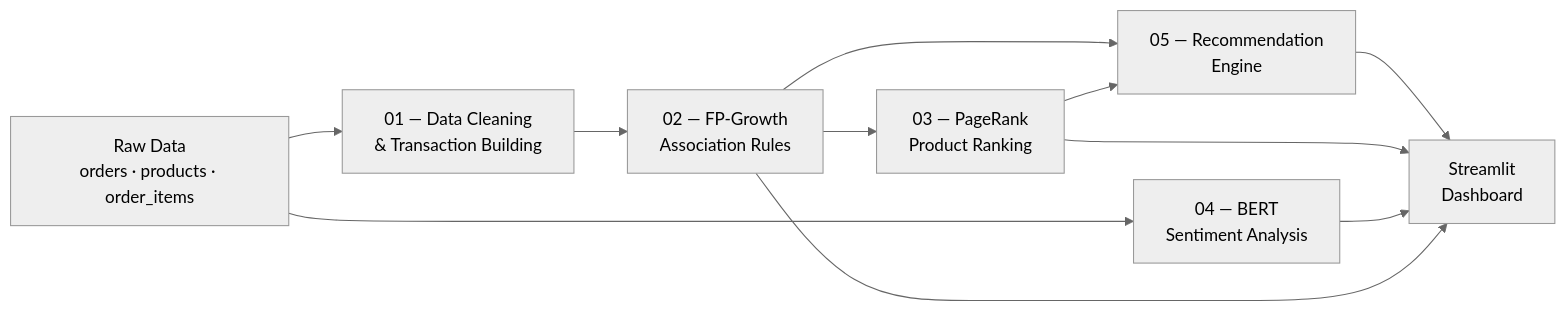
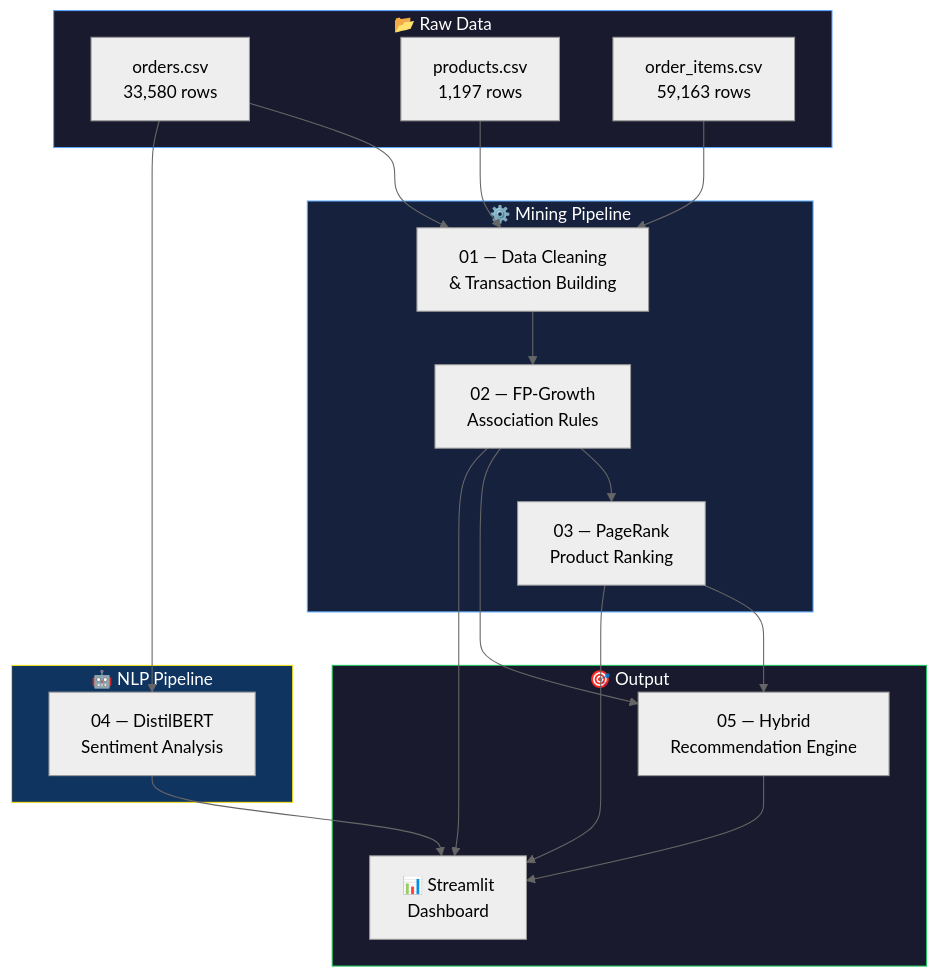
One commit to aliabdou92019/ecommerce-recommendation-engine changed the diagram in README.md. Above: the diagram before and after it, drawn with Mermaid (neutral theme). The commit also changed other lines of this file, not shown here.

````diff
--- a/README.md
+++ b/README.md
@@ -64,13 +70,41 @@
 ```mermaid
-flowchart LR
-    A[Raw Data<br/>orders · products · order_items] --> B[01 — Data Cleaning<br/>& Transaction Building]
-    B --> C[02 — FP-Growth<br/>Association Rules]
-    C --> D[03 — PageRank<br/>Product Ranking]
-    A --> E[04 — BERT<br/>Sentiment Analysis]
-    C --> F[05 — Recommendation<br/>Engine]
+flowchart TD
+    subgraph Input ["📂 Raw Data"]
+        A1[orders.csv<br/>33,580 rows]
+        A2[products.csv<br/>1,197 rows]
+        A3[order_items.csv<br/>59,163 rows]
+    end
+
+    subgraph Pipeline ["⚙️ Mining Pipeline"]
+        B[01 — Data Cleaning<br/>& Transaction Building]
+        C[02 — FP-Growth<br/>Association Rules]
+        D[03 — PageRank<br/>Product Ranking]
+    end
+
+    subgraph NLP ["🤖 NLP Pipeline"]
+        E[04 — DistilBERT<br/>Sentiment Analysis]
+    end
+
+    subgraph Output ["🎯 Output"]
+        F[05 — Hybrid<br/>Recommendation Engine]
+        G[📊 Streamlit<br/>Dashboard]
+    end
+
+    A1 & A2 & A3 --> B
+    B --> C
+    C --> D
+    C --> F
     D --> F
-    F --> G[Streamlit<br/>Dashboard]
+
+    A1 --> E
+
+    F --> G
     D --> G
     E --> G
     C --> G
+
+    style Input fill:#1a1a2e,stroke:#58a6ff,color:#fff
+    style Pipeline fill:#16213e,stroke:#58a6ff,color:#fff
+    style NLP fill:#0f3460,stroke:#f7df1e,color:#fff
+    style Output fill:#1a1a2e,stroke:#22c55e,color:#fff
 ```
````
